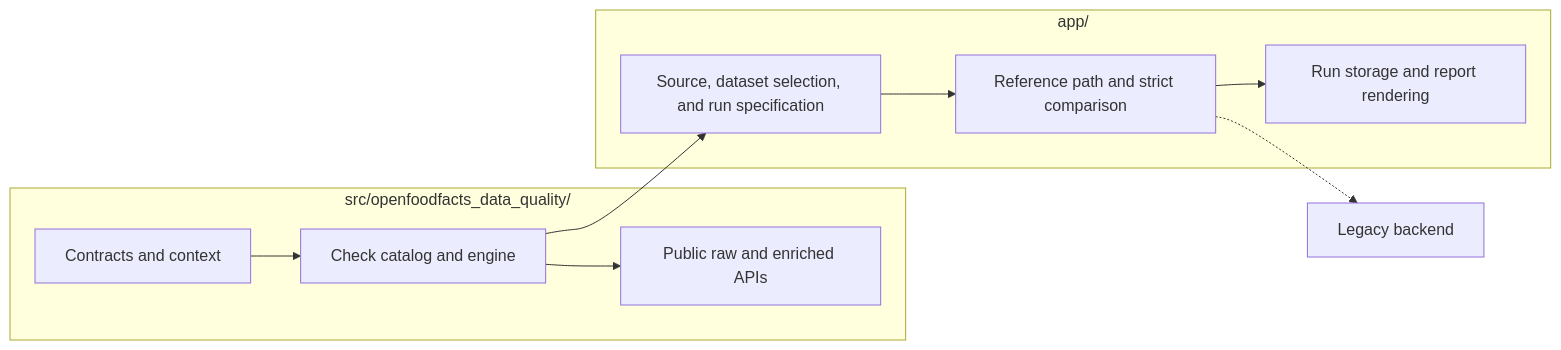
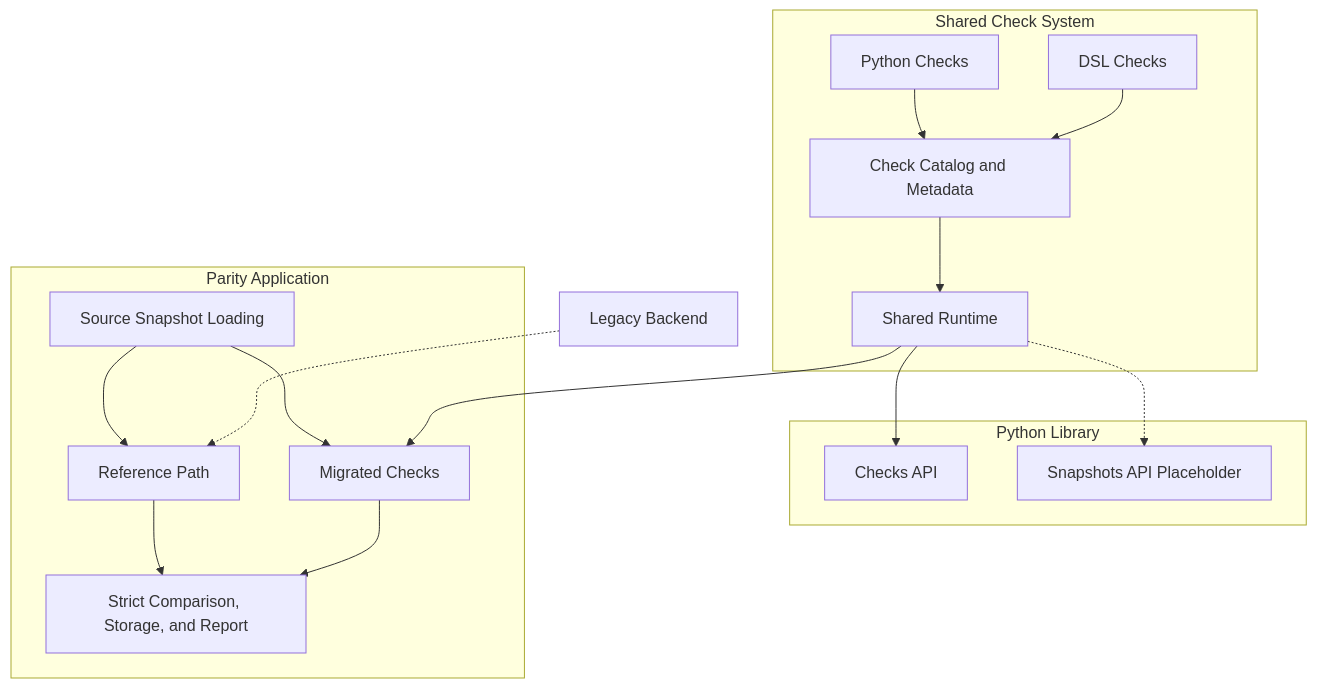
Before and after one commit to bobcorn/openfoodfacts-data-quality: the diagram in docs/explanation/system-architecture.md, drawn with Mermaid. The commit also changed other lines of this file and 142 other files, not shown here.

````diff
--- a/docs/explanation/system-architecture.md
+++ b/docs/explanation/system-architecture.md
@@ -10,21 +10,35 @@
 ```mermaid
-flowchart LR
-    subgraph SRC["src/openfoodfacts_data_quality/"]
-        A["Contracts and context"]
-        B["Check catalog and engine"]
-        C["Public raw and enriched APIs"]
-        A --> B --> C
+flowchart TB
+    subgraph SHARED["Shared Check System"]
+        A["Python Checks"]
+        B["DSL Checks"]
+        C["Check Catalog and Metadata"]
+        D["Shared Runtime"]
+        A --> C
+        B --> C
+        C --> D
     end
 
-    subgraph APP["app/"]
-        D["Source, dataset selection, and run specification"]
-        E["Reference path and strict comparison"]
-        F["Run storage and report rendering"]
-        D --> E --> F
+    subgraph LIB["Python Library"]
+        E["Checks API"]
+        F["Snapshots API Placeholder"]
     end
 
-    G["Legacy backend"]
+    subgraph APP["Parity Application"]
+        G["Source Snapshot Loading"]
+        H["Reference Path"]
+        I["Migrated Checks"]
+        J["Strict Comparison, Storage, and Report"]
+        G --> H
+        G --> I
+        H --> J
+        I --> J
+    end
 
-    B --> D
-    E -.-> G
+    K["Legacy Backend"]
+
+    D --> E
+    D -.-> F
+    D --> I
+    K -.-> H
 ```
````
